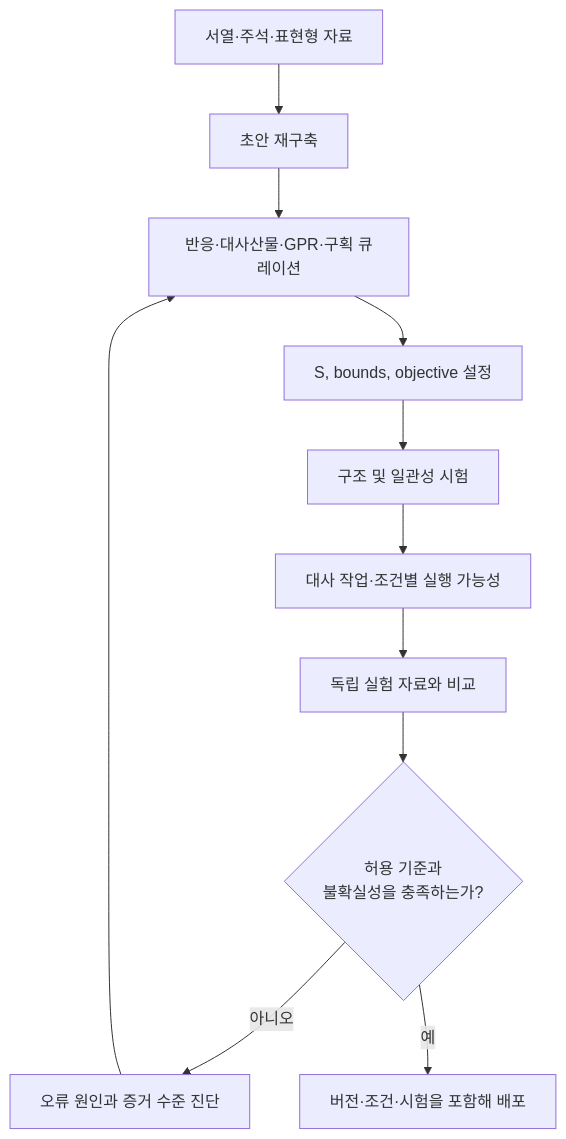
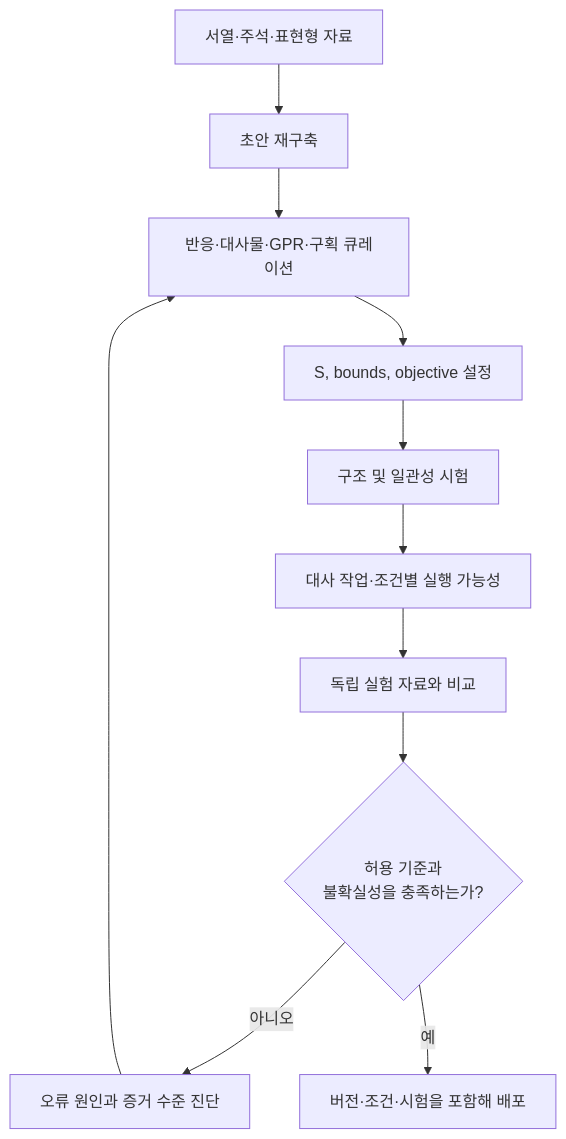
Before and after one commit to jyryu3161/ebook_metabolic_modeling: the diagram in chapter-5/01.md, drawn with Mermaid. The commit also changed other lines of this file and 12 other files, not shown here.

````diff
--- a/chapter-5/01.md
+++ b/chapter-5/01.md
@@ -7,13 +7,13 @@
 ```mermaid
 flowchart TD
     START["서열·주석·표현형 자료"] --> DRAFT["초안 재구축"]
-    DRAFT --> CURATE["반응·대사산물·GPR·구획 큐레이션"]
+    DRAFT --> CURATE["반응·대사물·GPR·구획 큐레이션"]
     CURATE --> MODEL["S, bounds, objective 설정"]
     MODEL --> STRUCT["구조 및 일관성 시험"]
     STRUCT --> FUNC["대사 작업·조건별 실행 가능성"]
     FUNC --> EXT["독립 실험 자료와 비교"]
     EXT --> DECISION{"허용 기준과<br/>불확실성을 충족하는가?"}
     DECISION -->|아니오| DIAG["오류 원인과 증거 수준 진단"]
     DIAG --> CURATE
     DECISION -->|예| RELEASE["버전·조건·시험을 포함해 배포"]
 ```
````
